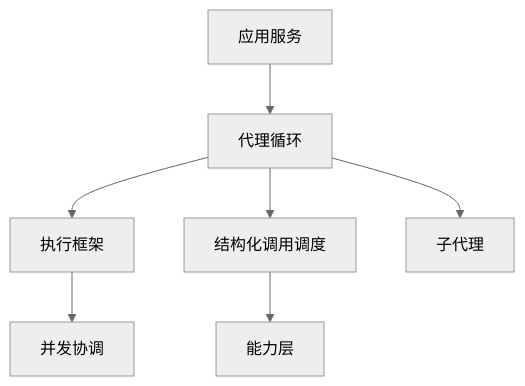
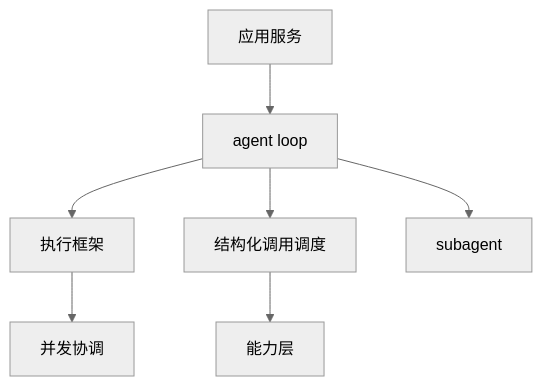
One commit to Arthur999459up/GitAgent changed the second of 10 diagrams in docs/01-agent-loop-and-architecture.md. Above: the diagram before and after it, drawn with Mermaid (neutral theme). The commit also changed other lines of this file and 15 other files, not shown here.

````diff
--- a/docs/01-agent-loop-and-architecture.md
+++ b/docs/01-agent-loop-and-architecture.md
@@ -56,9 +56,9 @@
 ```mermaid
 flowchart TD
-    A[应用服务] --> B[代理循环]
+    A[应用服务] --> B[agent loop]
     B --> C[执行框架]
     C --> D[并发协调]
     B --> E[结构化调用调度]
     E --> F[能力层]
-    B --> G[子代理]
+    B --> G[subagent]
 ```
````
